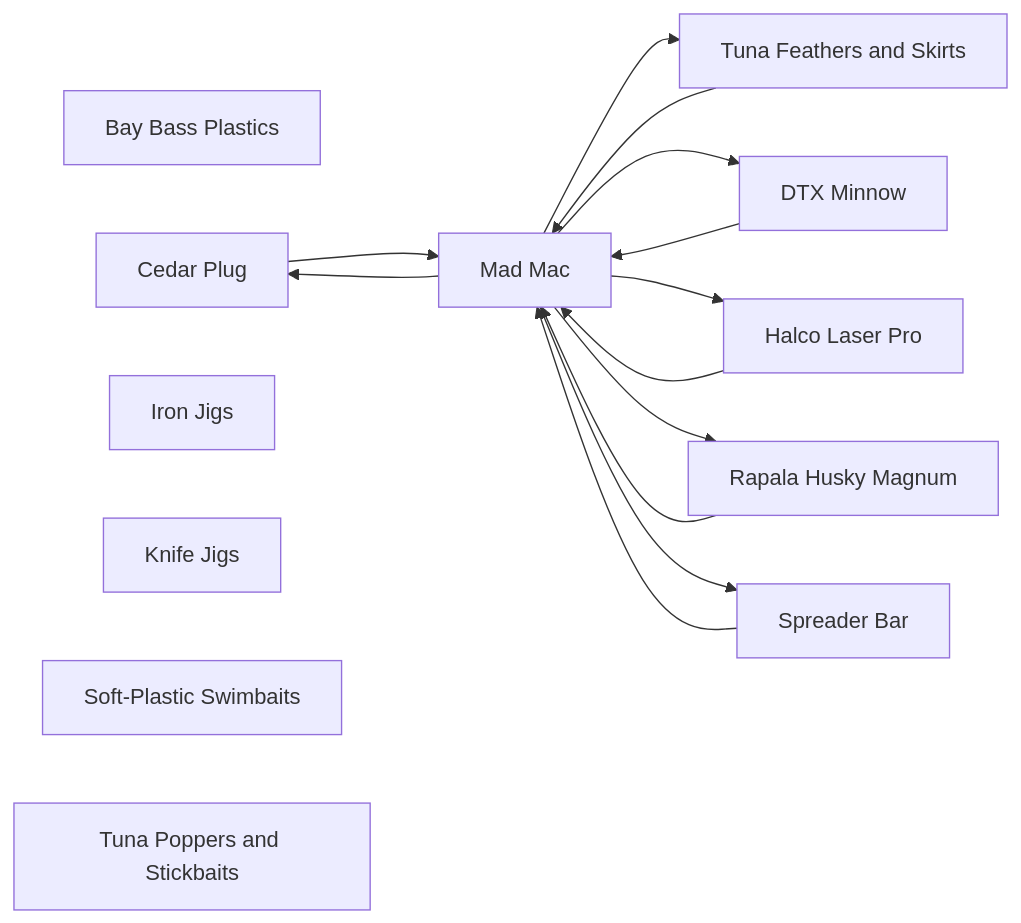
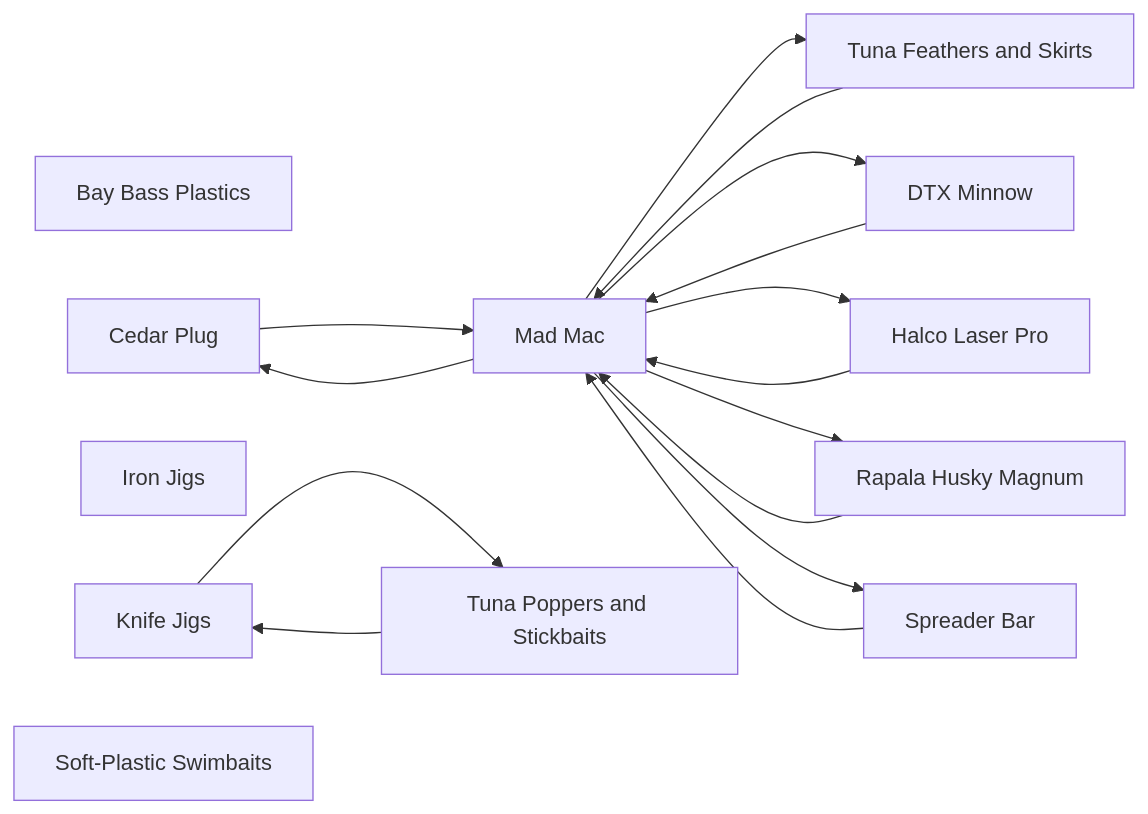
Before and after one commit to camchuckpete-max/Socal-Fishing-Knowledge: the diagram in lures/README.md, drawn with Mermaid. The commit also changed 6 other files, not shown here.

````diff
--- a/lures/README.md
+++ b/lures/README.md
@@ -25,27 +25,29 @@
 ```mermaid
 graph LR
   n0["Bay Bass Plastics"]
   n1["Cedar Plug"]
   n2["DTX Minnow"]
   n3["Halco Laser Pro"]
   n4["Iron Jigs"]
   n5["Knife Jigs"]
   n6["Mad Mac"]
   n7["Rapala Husky Magnum"]
   n8["Soft-Plastic Swimbaits"]
   n9["Spreader Bar"]
   n10["Tuna Feathers and Skirts"]
   n11["Tuna Poppers and Stickbaits"]
   n1 --> n6
   n10 --> n6
+  n11 --> n5
   n2 --> n6
   n3 --> n6
+  n5 --> n11
   n6 --> n1
   n6 --> n10
   n6 --> n2
   n6 --> n3
   n6 --> n7
   n6 --> n9
   n7 --> n6
   n9 --> n6
 ```
````
